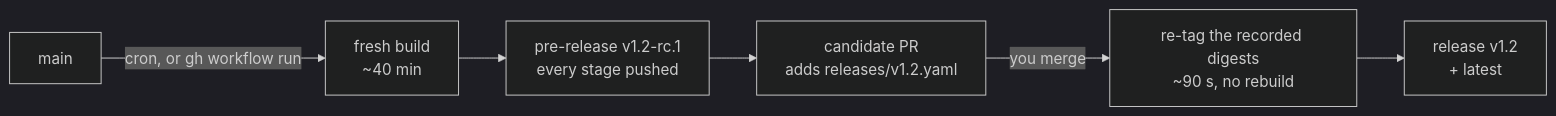
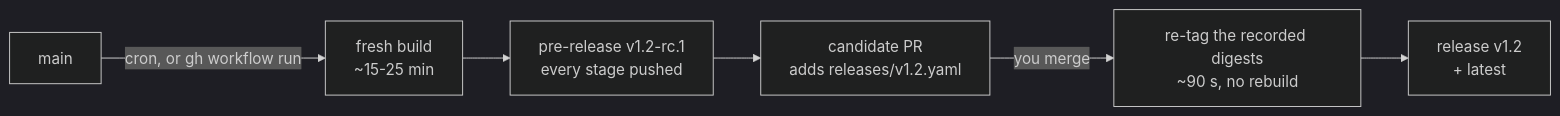
One commit to GuillaumeDua/cpp-toolchain changed the first of 2 diagrams in docs/RELEASE_PROCESS.md. Above: the diagram before and after it, drawn with Mermaid (dark theme). The commit also changed other lines of this file and 12 other files, not shown here.

````diff
--- a/docs/RELEASE_PROCESS.md
+++ b/docs/RELEASE_PROCESS.md
@@ -11,8 +11,8 @@
 ```mermaid
 graph LR
-    main["main"] -->|"cron, or gh workflow run"| build["fresh build<br>~40 min"]
+    main["main"] -->|"cron, or gh workflow run"| build["fresh build<br>~15-25 min"]
     build --> rc["pre-release v1.2-rc.1<br>every stage pushed"]
     rc --> pr["candidate PR<br>adds releases/v1.2.yaml"]
     pr -->|"you merge"| promote["re-tag the recorded digests<br>~90 s, no rebuild"]
     promote --> release["release v1.2<br>+ latest"]
 ```
````
